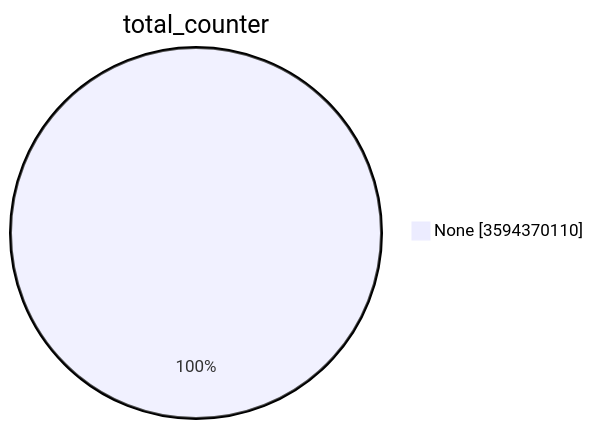
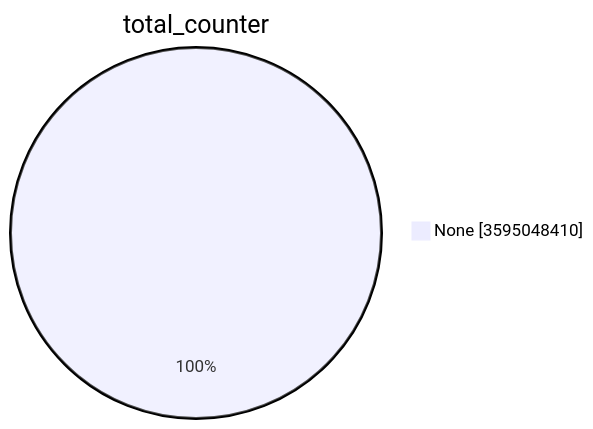
The first of 15 diagrams in TOTAL/README.md (christiankrug/ctmonitor_visualization), drawn with Mermaid before and after one commit. The commit also changed other lines of this file, not shown here.

````diff
--- a/TOTAL/README.md
+++ b/TOTAL/README.md
@@ -1,5 +1,5 @@
 ```mermaid
 pie showData
 title total_counter
-"None" :3594370110
+"None" :3595048410
 ```
````
